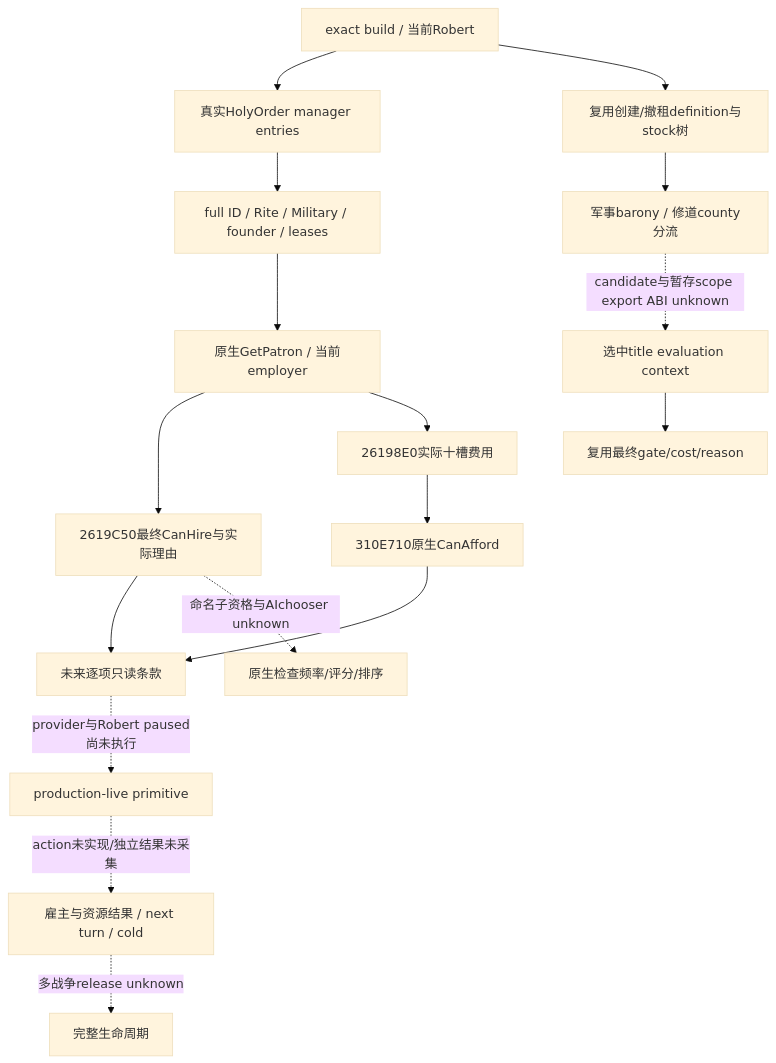
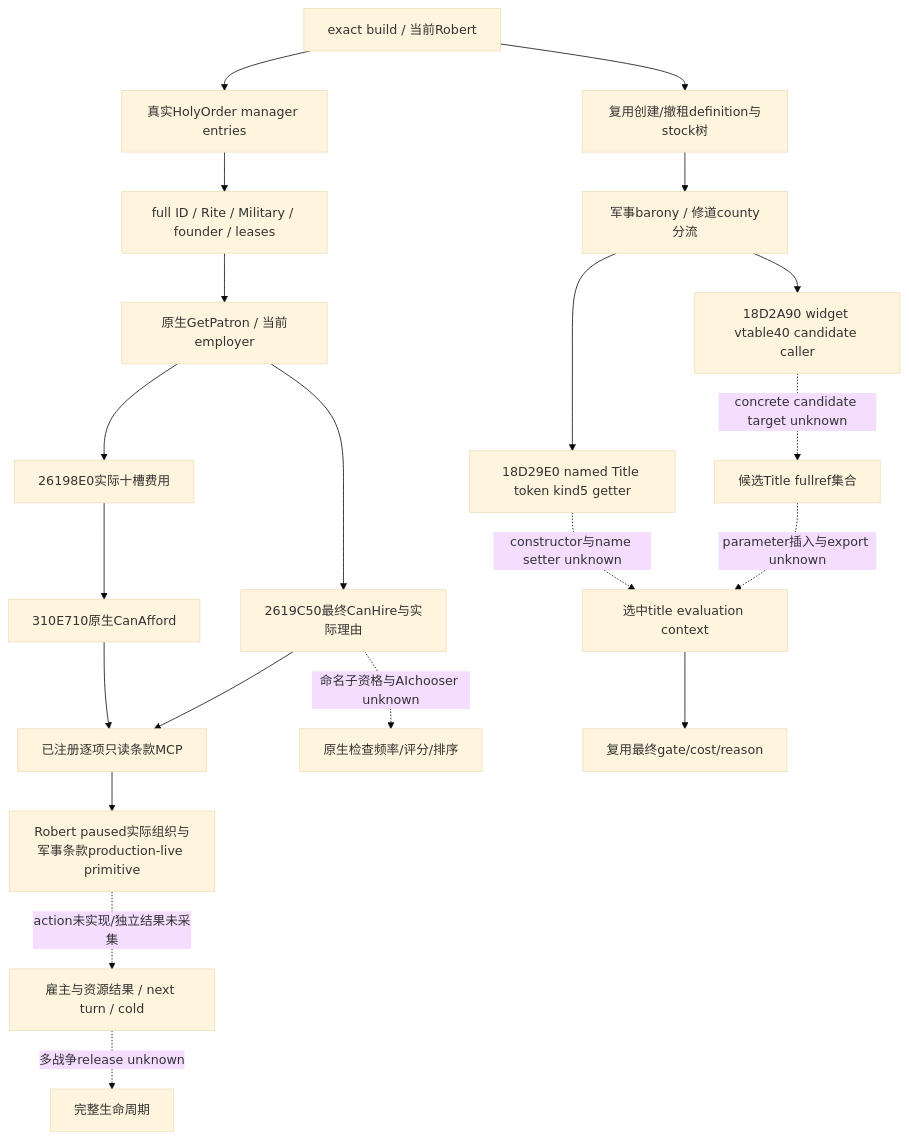
Before and after one commit to XenoAmess/ck3_eternal_recurrence: the diagram in docs/ck3-native-ai/religion-holy-order-systems-native-ai-12003.md, drawn with Mermaid (base theme). The commit also changed other lines of this file and 14 other files, not shown here.

Commit message:
Record Robert v32 cold continuation and live religion query results

````diff
--- a/docs/ck3-native-ai/religion-holy-order-systems-native-ai-12003.md
+++ b/docs/ck3-native-ai/religion-holy-order-systems-native-ai-12003.md
@@ -63,19 +76,23 @@
 ```mermaid
 flowchart TD
     A[exact build / 当前Robert] --> M[真实HolyOrder manager entries]
     M --> I[full ID / Rite / Military / founder / leases]
     I --> P[原生GetPatron / 当前employer]
     P --> G[2619C50最终CanHire与实际理由]
     P --> Q[26198E0实际十槽费用]
     Q --> C[310E710原生CanAfford]
-    G --> R[未来逐项只读条款]
+    G --> R[已注册逐项只读条款MCP]
     C --> R
     G -. 命名子资格与AIchooser unknown .-> AI[原生检查频率/评分/排序]
-    R -. provider与Robert paused尚未执行 .-> V[production-live primitive]
+    R --> V[Robert paused实际组织与军事条款production-live primitive]
     A --> D[复用创建/撤租definition与stock树]
     D --> B[军事barony / 修道county分流]
-    B -. candidate与暂存scope export ABI unknown .-> S[选中title evaluation context]
+    B --> K[18D29E0 named Title token kind5 getter]
+    B --> W[18D2A90 widget vtable40 candidate caller]
+    W -. concrete candidate target unknown .-> CT[候选Title fullref集合]
+    CT -. parameter插入与export unknown .-> S[选中title evaluation context]
+    K -. constructor与name setter unknown .-> S
     S --> F[复用最终gate/cost/reason]
     V -. action未实现/独立结果未采集 .-> O[雇主与资源结果 / next turn / cold]
     O -. 多战争release unknown .-> E[完整生命周期]
 ```
````
